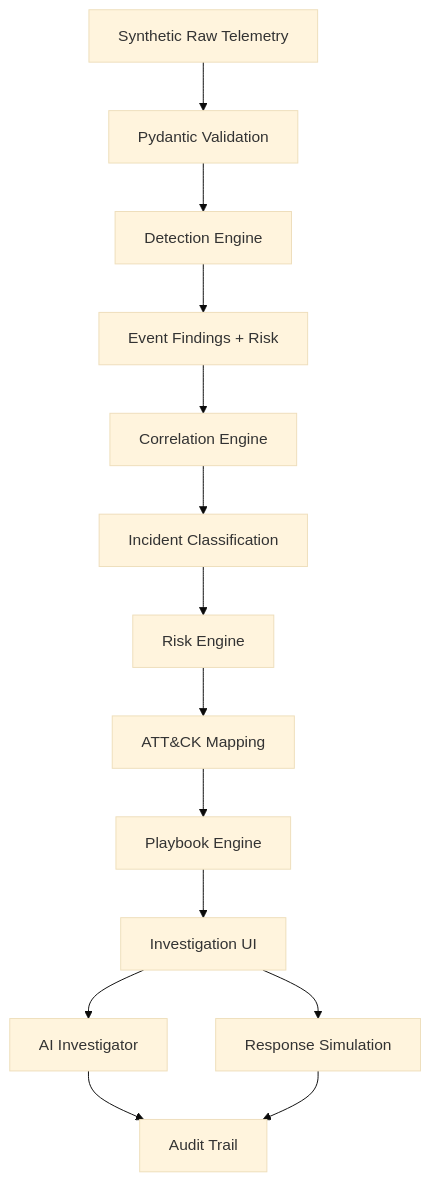
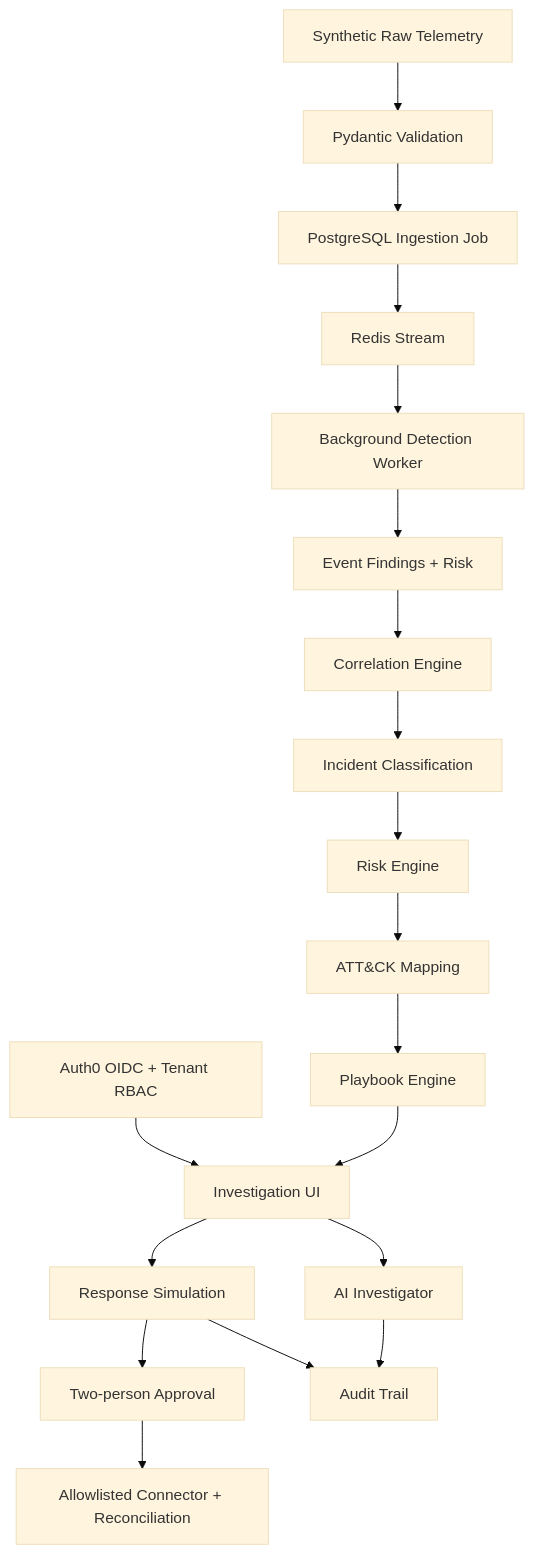
One commit to samgulati/cirt-lens changed the diagram in README.md. Above: the diagram before and after it, drawn with Mermaid (base theme). The commit also changed other lines of this file and 94 other files, not shown here.

````diff
--- a/README.md
+++ b/README.md
@@ -42,16 +47,21 @@
 ```mermaid
 flowchart TD
   A[Synthetic Raw Telemetry] --> B[Pydantic Validation]
-  B --> C[Detection Engine]
+  B --> Q[PostgreSQL Ingestion Job]
+  Q --> R[Redis Stream]
+  R --> C[Background Detection Worker]
   C --> D[Event Findings + Risk]
   D --> E[Correlation Engine]
   E --> F[Incident Classification]
   F --> G[Risk Engine]
   G --> H[ATT&CK Mapping]
   H --> I[Playbook Engine]
   I --> J[Investigation UI]
   J --> K[AI Investigator]
   J --> L[Response Simulation]
+  N[Auth0 OIDC + Tenant RBAC] --> J
+  L --> O[Two-person Approval]
+  O --> P[Allowlisted Connector + Reconciliation]
   K --> M[Audit Trail]
   L --> M
 ```
````
